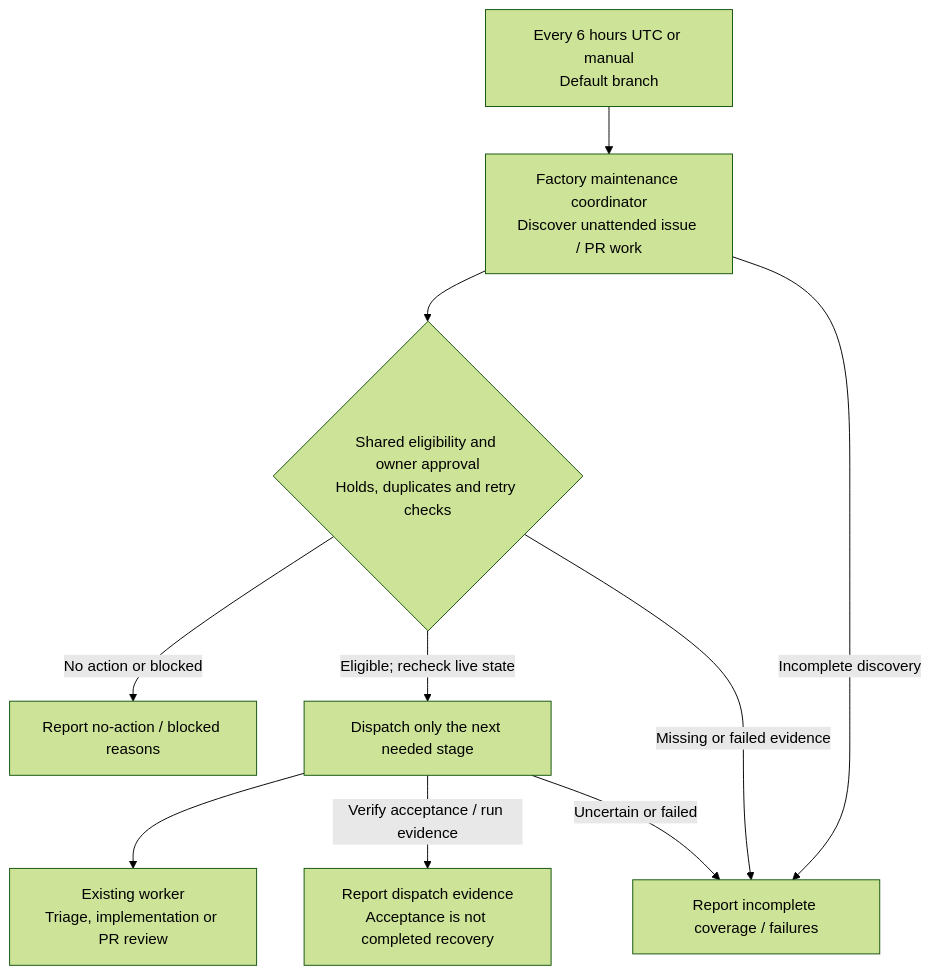
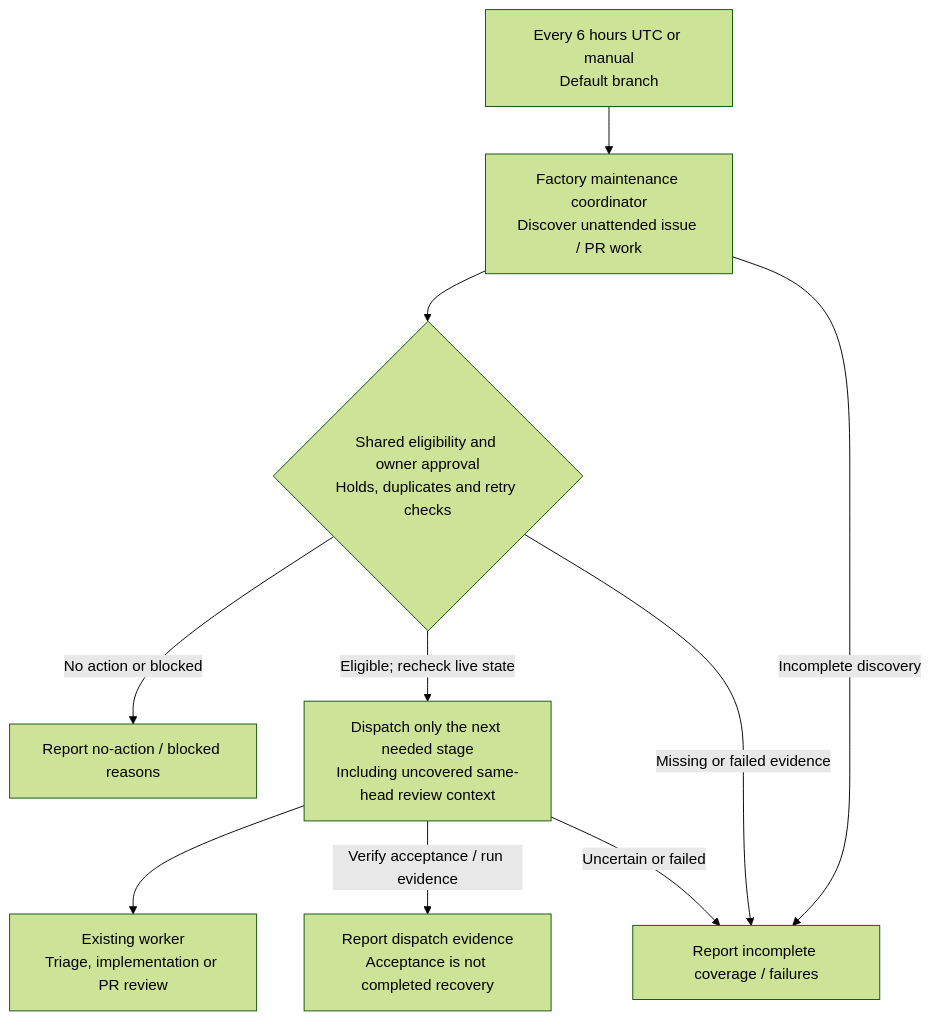
The second of 6 diagrams in README.md (VasiliyNovikov/Factory), drawn with Mermaid (forest theme) before and after one commit. The commit also changed other lines of this file and 6 other files, not shown here.

Commit message:
Restore independent review after same-head corrections (#269)

````diff
--- a/README.md
+++ b/README.md
@@ -95,12 +102,12 @@
 ```mermaid
 flowchart TD
     trigger["Every 6 hours UTC or manual<br/>Default branch"] --> discover["Factory maintenance coordinator<br/>Discover unattended issue / PR work"]
     discover --> policy{"Shared eligibility and owner approval<br/>Holds, duplicates and retry checks"}
     discover -->|Incomplete discovery| incomplete["Report incomplete coverage / failures"]
     policy -->|Missing or failed evidence| incomplete
     policy -->|No action or blocked| noAction["Report no-action / blocked reasons"]
-    policy -->|Eligible; recheck live state| dispatch["Dispatch only the next needed stage"]
+    policy -->|Eligible; recheck live state| dispatch["Dispatch only the next needed stage<br/>Including uncovered same-head review context"]
     dispatch --> worker["Existing worker<br/>Triage, implementation or PR review"]
     dispatch -->|Verify acceptance / run evidence| report["Report dispatch evidence<br/>Acceptance is not completed recovery"]
     dispatch -->|Uncertain or failed| incomplete
 ```
````
